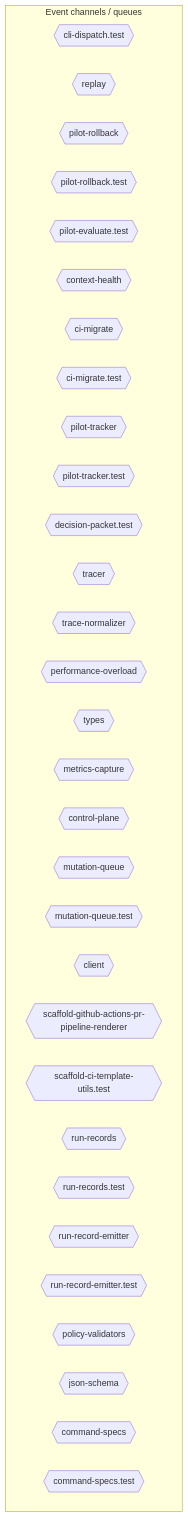
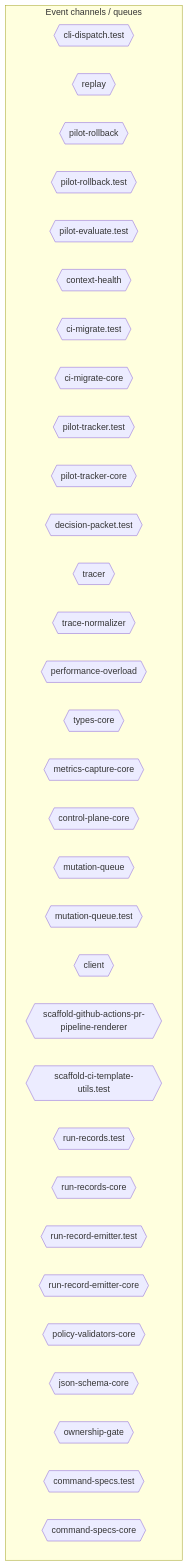
The sixth of 10 diagrams in AI/context/diagram-context.md (jscraik/coding-harness), drawn with Mermaid before and after one commit. The commit also changed other lines of this file and 131 other files, not shown here.

````diff
--- a/AI/context/diagram-context.md
+++ b/AI/context/diagram-context.md
@@ -2088,37 +2358,38 @@
 ```mermaid
 flowchart TD
   subgraph Channels["Event channels / queues"]
     cli_dispatch_test_54c9f17b{{"cli-dispatch.test"}}
     replay_ac203c98{{"replay"}}
     pilot_rollback_00c1f82c{{"pilot-rollback"}}
     pilot_rollback_test_e61d5a2b{{"pilot-rollback.test"}}
     pilot_evaluate_test_a2ac06fc{{"pilot-evaluate.test"}}
     context_health_80bb7da9{{"context-health"}}
-    ci_migrate_78bb70b1{{"ci-migrate"}}
     ci_migrate_test_2a015bb9{{"ci-migrate.test"}}
-    pilot_tracker_5c767813{{"pilot-tracker"}}
+    ci_migrate_core_7005b5af{{"ci-migrate-core"}}
     pilot_tracker_test_80398a66{{"pilot-tracker.test"}}
+    pilot_tracker_core_80d8ac96{{"pilot-tracker-core"}}
     decision_packet_test_9ea0e97b{{"decision-packet.test"}}
     tracer_1e6243a2{{"tracer"}}
     trace_normalizer_cb1be1d2{{"trace-normalizer"}}
     performance_overload_c685bfcf{{"performance-overload"}}
-    types_10_75e5a4a0{{"types"}}
-    metrics_capture_1d1a2c08{{"metrics-capture"}}
-    control_plane_96826665{{"control-plane"}}
+    types_core_e405ddca{{"types-core"}}
+    metrics_capture_core_db4bf7cf{{"metrics-capture-core"}}
+    control_plane_core_db3b4cb2{{"control-plane-core"}}
     mutation_queue_ce5a530e{{"mutation-queue"}}
     mutation_queue_test_10b599e8{{"mutation-queue.test"}}
     client_1_914e1681{{"client"}}
     scaffold_github_actions_pr_pipeline_renderer_1ee18de5{{"scaffold-github-actions-pr-pipeline-renderer"}}
     scaffold_ci_template_utils_test_b94825d9{{"scaffold-ci-template-utils.test"}}
-    run_records_f616aa7c{{"run-records"}}
     run_records_test_3ee6a0e3{{"run-records.test"}}
-    run_record_emitter_00168a3a{{"run-record-emitter"}}
+    run_records_core_89286dfa{{"run-records-core"}}
     run_record_emitter_test_5475c0da{{"run-record-emitter.test"}}
-    policy_validators_6682e192{{"policy-validators"}}
-    json_schema_74a768d7{{"json-schema"}}
-    command_specs_69167c63{{"command-specs"}}
+    run_record_emitter_core_688049d5{{"run-record-emitter-core"}}
+    policy_validators_core_714a3fe7{{"policy-validators-core"}}
+    json_schema_core_96d7e328{{"json-schema-core"}}
+    ownership_gate_2e194d13{{"ownership-gate"}}
     command_specs_test_7f693e85{{"command-specs.test"}}
+    command_specs_core_1c0ffc99{{"command-specs-core"}}
   end
   classDef eventNode fill:#db2777,color:#fff
 
 ```
````
